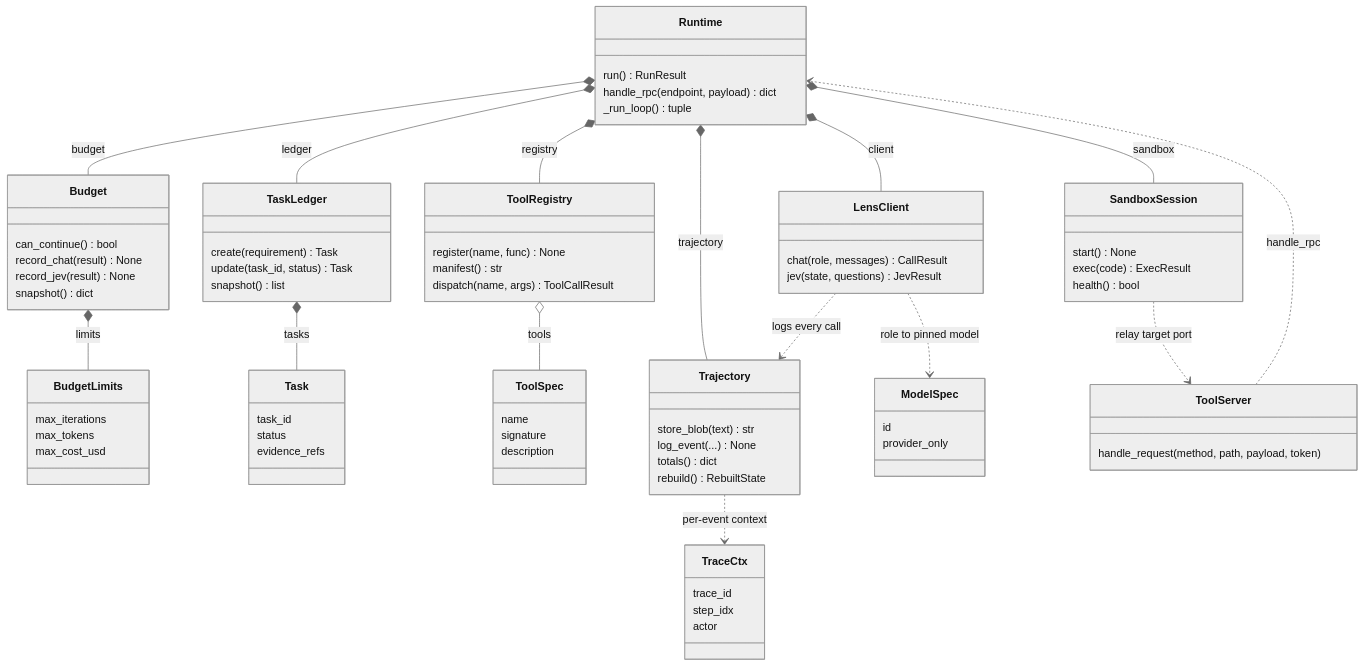
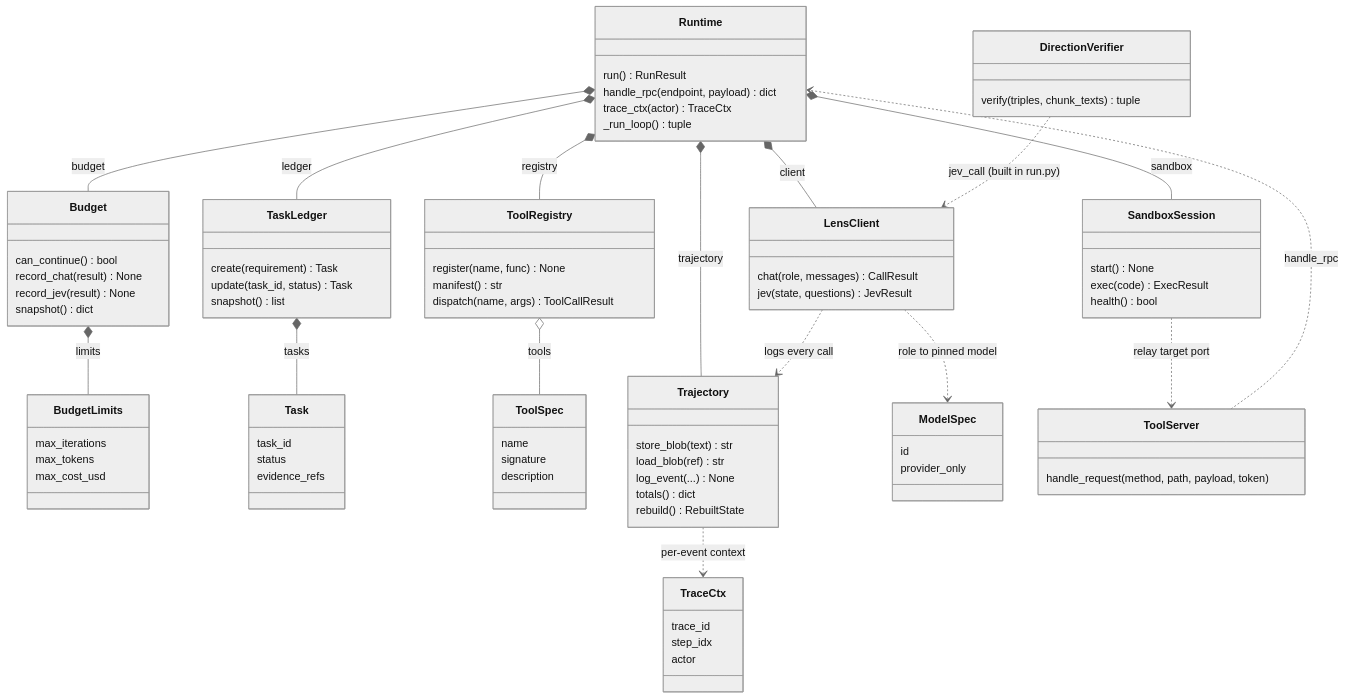
One commit to RSGzen/LENS changed the second of 6 diagrams in docs/ARCHITECTURE.md. Above: the diagram before and after it, drawn with Mermaid (neutral theme). The commit also changed other lines of this file and 2 other files, not shown here.

Commit message:
docs: rewrite the architecture file against the code, without the regeneration section

````diff
--- a/docs/ARCHITECTURE.md
+++ b/docs/ARCHITECTURE.md
@@ -301,6 +349,7 @@
     class Runtime {
         run() RunResult
         handle_rpc(endpoint, payload) dict
+        trace_ctx(actor) TraceCtx
         _run_loop() tuple
     }
     class Budget {
@@ -341,6 +390,7 @@
     }
     class Trajectory {
         store_blob(text) str
+        load_blob(ref) str
         log_event(...) None
         totals() dict
         rebuild() RebuiltState
@@ -353,6 +403,9 @@
     class LensClient {
         chat(role, messages) CallResult
         jev(state, questions) JevResult
+    }
+    class DirectionVerifier {
+        verify(triples, chunk_texts) tuple
     }
     class ModelSpec {
         id
@@ -376,4 +429,5 @@
     LensClient ..> Trajectory : logs every call
     LensClient ..> ModelSpec : role to pinned model
     Trajectory ..> TraceCtx : per-event context
+    DirectionVerifier ..> LensClient : jev_call (built in run.py)
 ```
````
